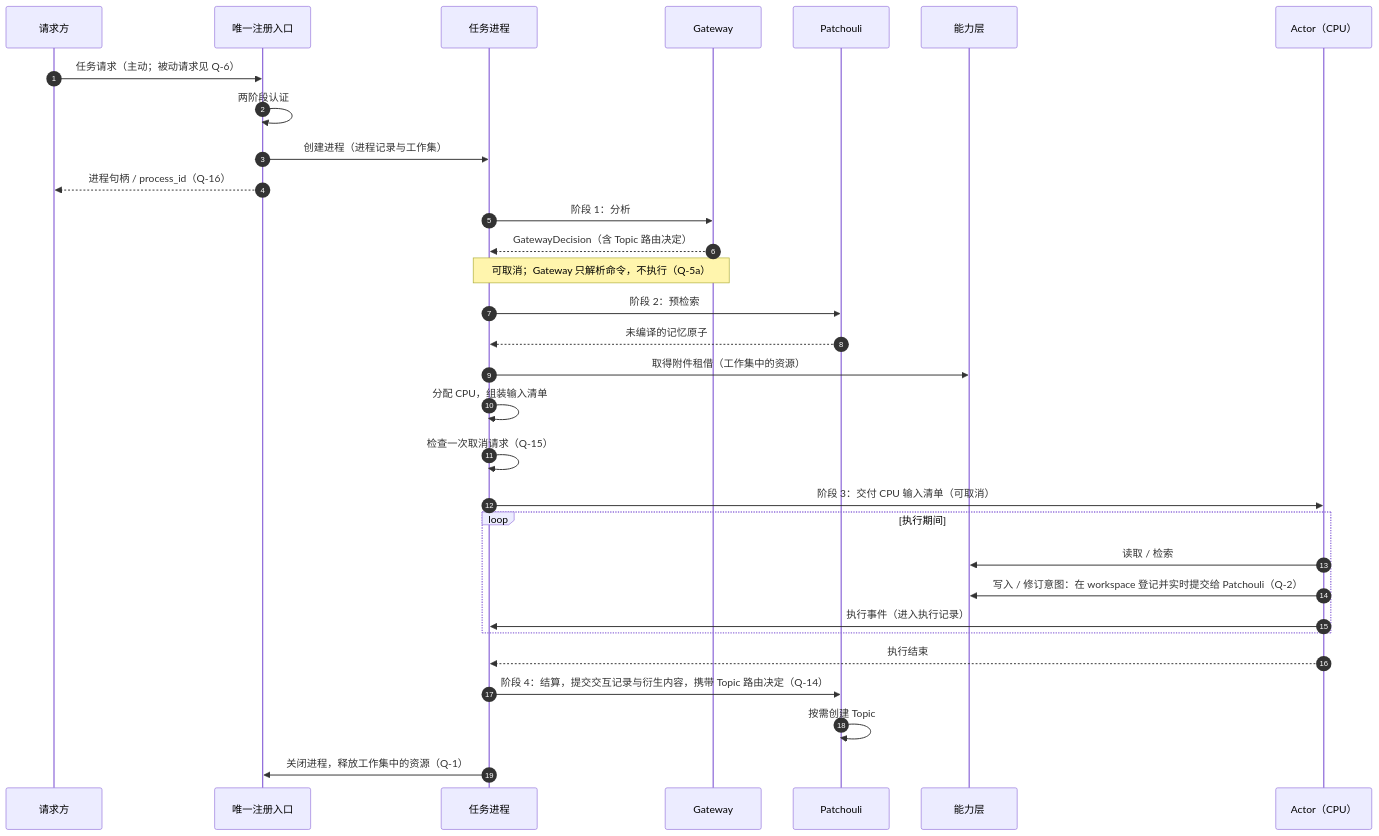
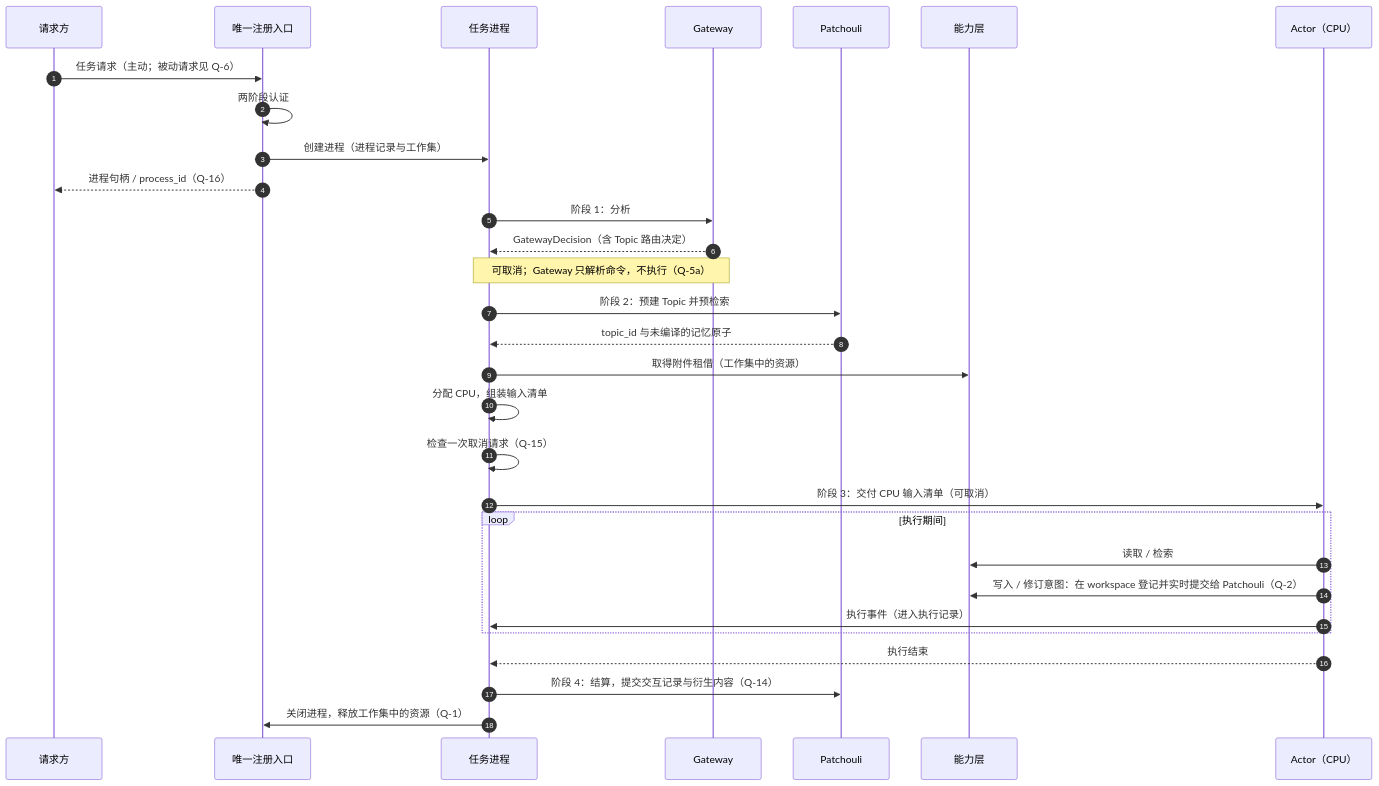
Before and after one commit to artemis03976/HiveMemory: the third of 4 diagrams in docs/ideas/task-process-table-and-registration-entry.md, drawn with Mermaid. The commit also changed other lines of this file and 12 other files, not shown here.

````diff
--- a/docs/ideas/task-process-table-and-registration-entry.md
+++ b/docs/ideas/task-process-table-and-registration-entry.md
@@ -270,33 +273,32 @@
 ```mermaid
 sequenceDiagram
     autonumber
     participant R as 请求方
     participant E as 唯一注册入口
     participant P as 任务进程
     participant G as Gateway
     participant L as Patchouli
     participant S as 能力层
     participant C as Actor（CPU）
     R->>E: 任务请求（主动；被动请求见 Q-6）
     E->>E: 两阶段认证
     E->>P: 创建进程（进程记录与工作集）
     E-->>R: 进程句柄 / process_id（Q-16）
     P->>G: 阶段 1：分析
     G-->>P: GatewayDecision（含 Topic 路由决定）
     Note over P,G: 可取消；Gateway 只解析命令，不执行（Q-5a）
-    P->>L: 阶段 2：预检索
-    L-->>P: 未编译的记忆原子
+    P->>L: 阶段 2：预建 Topic 并预检索
+    L-->>P: topic_id 与未编译的记忆原子
     P->>S: 取得附件租借（工作集中的资源）
     P->>P: 分配 CPU，组装输入清单
     P->>P: 检查一次取消请求（Q-15）
     P->>C: 阶段 3：交付 CPU 输入清单（可取消）
     loop 执行期间
         C->>S: 读取 / 检索
         C->>S: 写入 / 修订意图：在 workspace 登记并实时提交给 Patchouli（Q-2）
         C->>P: 执行事件（进入执行记录）
     end
     C-->>P: 执行结束
-    P->>L: 阶段 4：结算，提交交互记录与衍生内容，携带 Topic 路由决定（Q-14）
-    L->>L: 按需创建 Topic
+    P->>L: 阶段 4：结算，提交交互记录与衍生内容（Q-14）
     P->>E: 关闭进程，释放工作集中的资源（Q-1）
 ```
````
